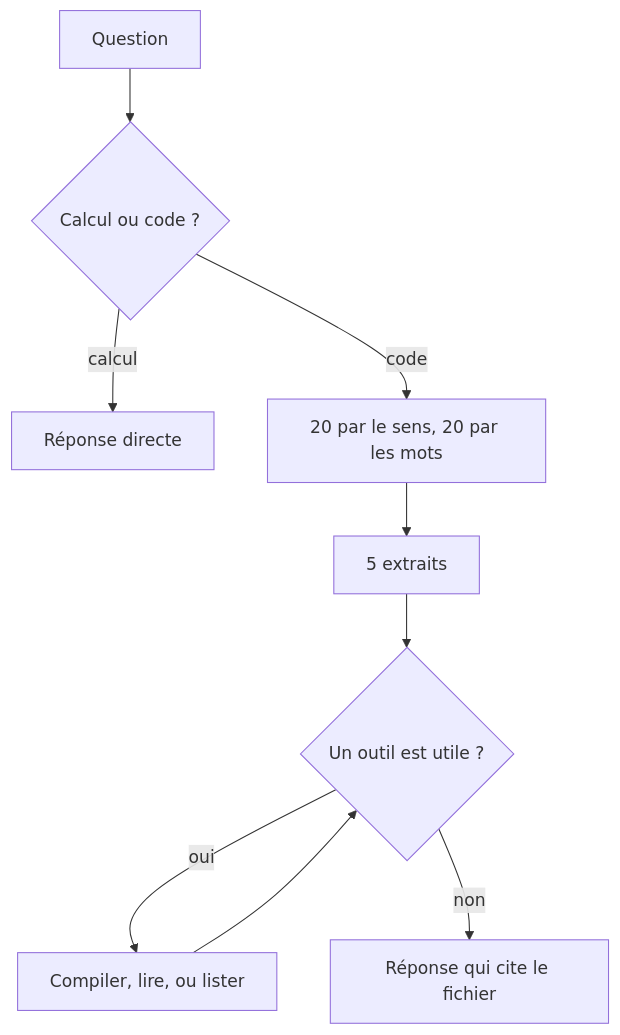
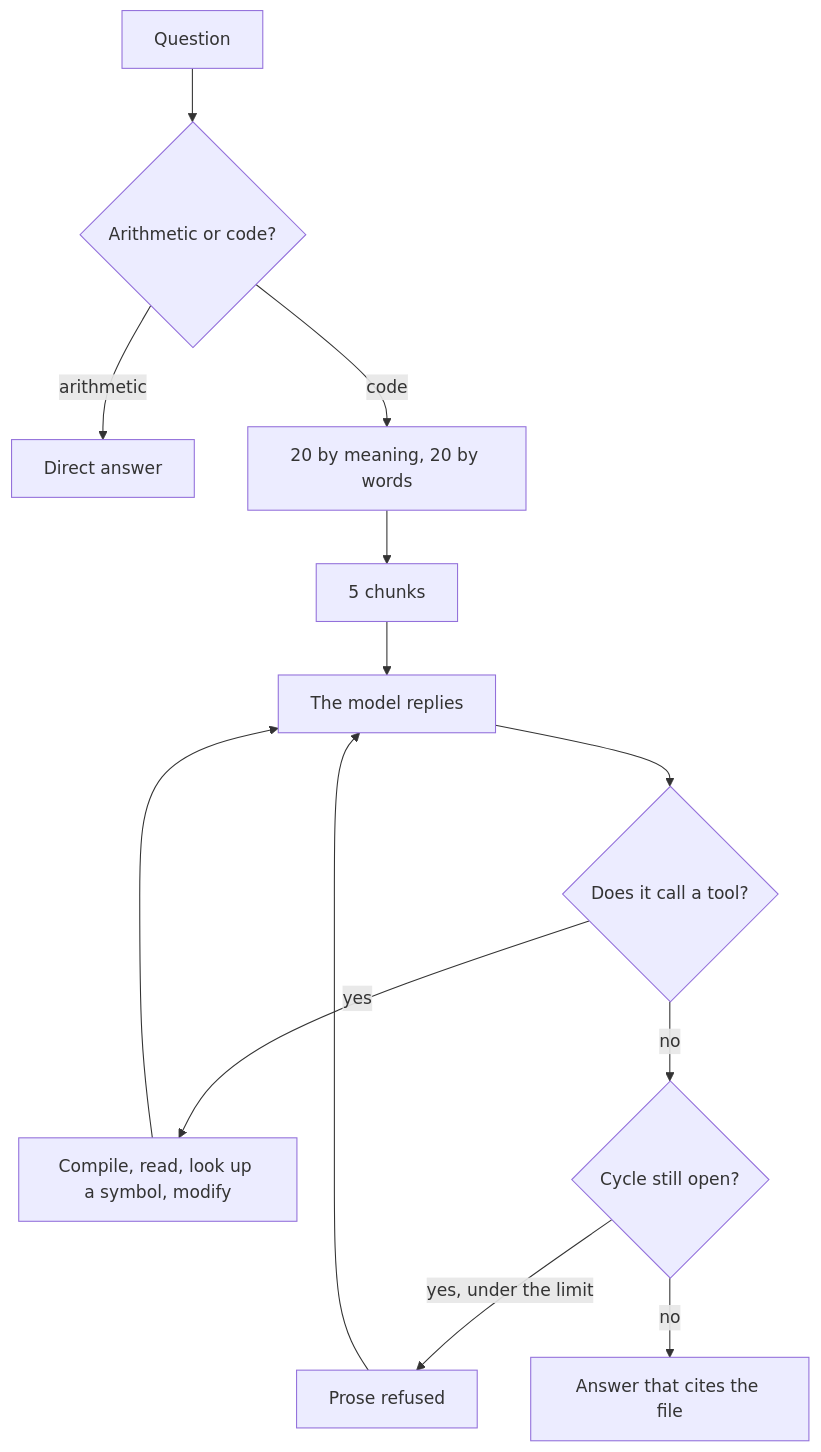
The second of 2 diagrams in docs/concepts/en-clair.md (SPluszkiewicz/pumba), drawn with Mermaid before and after one commit. The commit also changed other lines of this file and 197 other files, not shown here.

````diff
--- a/docs/concepts/en-clair.md
+++ b/docs/concepts/en-clair.md
@@ -71,11 +77,15 @@
 ```mermaid
 flowchart TD
-  question["Question"] --> gate{"Calcul ou code ?"}
-  gate -->|calcul| direct["Réponse directe"]
-  gate -->|code| search["20 par le sens, 20 par les mots"]
-  search --> keep["5 extraits"]
-  keep --> act{"Un outil est utile ?"}
-  act -->|oui| tool["Compiler, lire, ou lister"]
-  tool --> act
-  act -->|non| answer["Réponse qui cite le fichier"]
+  question["Question"] --> gate{"Arithmetic or code?"}
+  gate -->|arithmetic| direct["Direct answer"]
+  gate -->|code| search["20 by meaning, 20 by words"]
+  search --> keep["5 chunks"]
+  keep --> reply["The model replies"]
+  reply --> calls{"Does it call a tool?"}
+  calls -->|yes| tool["Compile, read, look up a symbol, modify"]
+  tool --> reply
+  calls -->|no| open{"Cycle still open?"}
+  open -->|yes, under the limit| refuse["Prose refused"]
+  refuse --> reply
+  open -->|no| answer["Answer that cites the file"]
 ```
````
